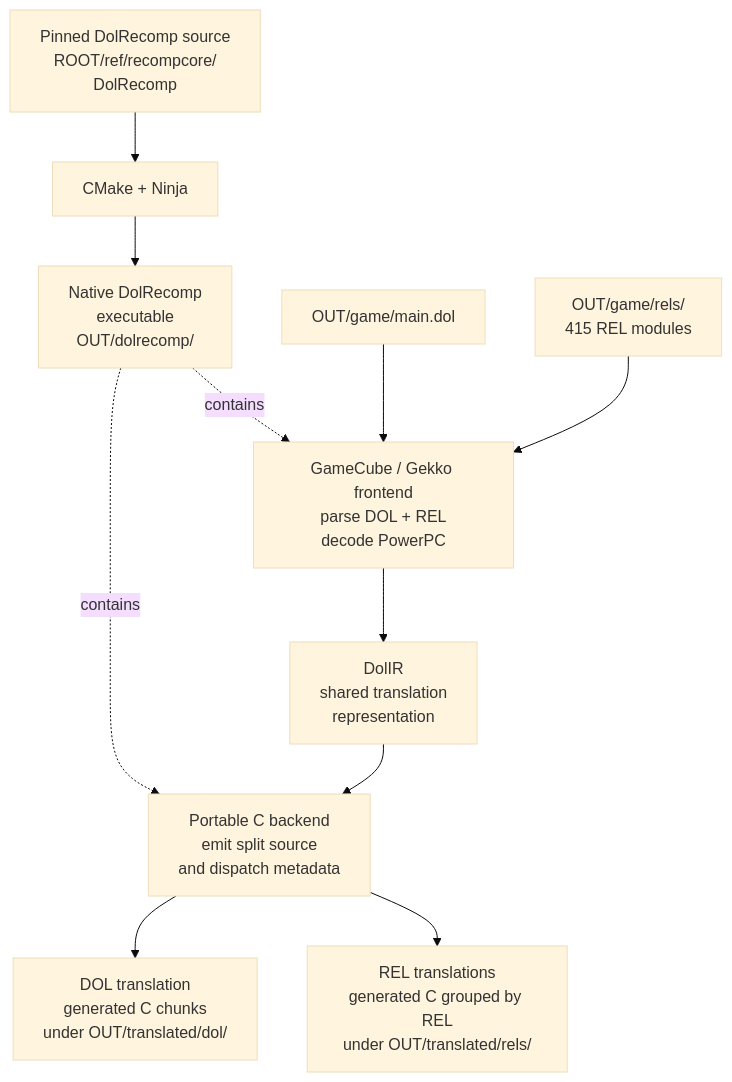
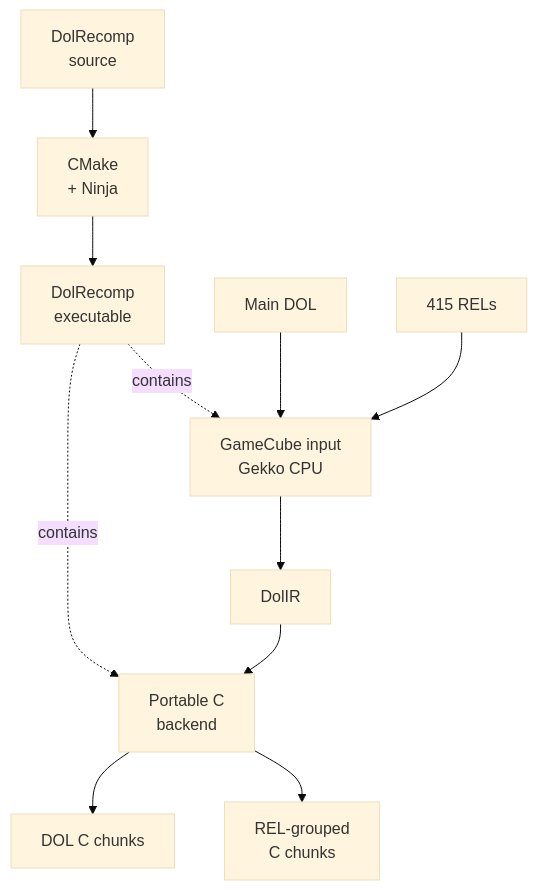
Before and after one commit to Aelbannan/boat_of_daphnes: the seventh of 10 diagrams in docs/architecture/Build.md, drawn with Mermaid (base theme). The commit also changed other lines of this file, not shown here.

Commit message:
docs: shorten Mermaid node labels

````diff
--- a/docs/architecture/Build.md
+++ b/docs/architecture/Build.md
@@ -361,22 +361,22 @@
 ```mermaid
 flowchart TD
-    Source["Pinned DolRecomp source<br/>ROOT/ref/recompcore/<br/>DolRecomp"]
-    Build["CMake + Ninja"]
-    Tool["Native DolRecomp<br/>executable<br/>OUT/dolrecomp/"]
-    Dol["OUT/game/main.dol"]
-    Rels["OUT/game/rels/<br/>415 REL modules"]
-    Frontend["GameCube / Gekko frontend<br/>parse DOL + REL<br/>decode PowerPC"]
-    IR["DolIR<br/>shared translation<br/>representation"]
-    Backend["Portable C backend<br/>emit split source<br/>and dispatch metadata"]
-    DolC["DOL translation<br/>generated C chunks<br/>under OUT/translated/dol/"]
-    RelC["REL translations<br/>generated C grouped by REL<br/>under OUT/translated/rels/"]
+    Source["DolRecomp<br/>source"]
+    Build["CMake<br/>+ Ninja"]
+    Tool["DolRecomp<br/>executable"]
+    Dol["Main DOL"]
+    Rels["415 RELs"]
+    Frontend["GameCube input<br/>Gekko CPU"]
+    IR["DolIR"]
+    Backend["Portable C<br/>backend"]
+    DolC["DOL C chunks"]
+    RelC["REL-grouped<br/>C chunks"]
 
     Source --> Build --> Tool
     Tool -. "contains" .-> Frontend
     Tool -. "contains" .-> Backend
     Dol --> Frontend
     Rels --> Frontend
     Frontend --> IR --> Backend
     Backend --> DolC
     Backend --> RelC
 ```
````
